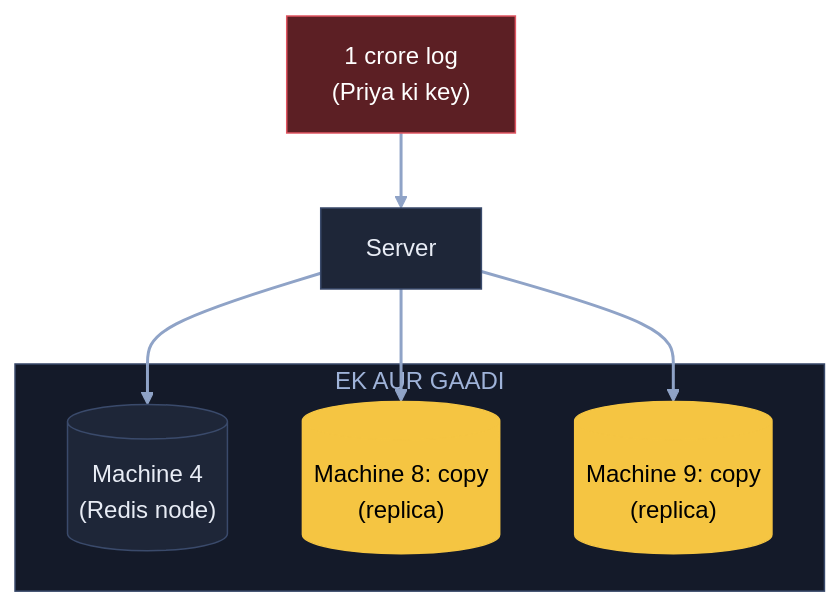
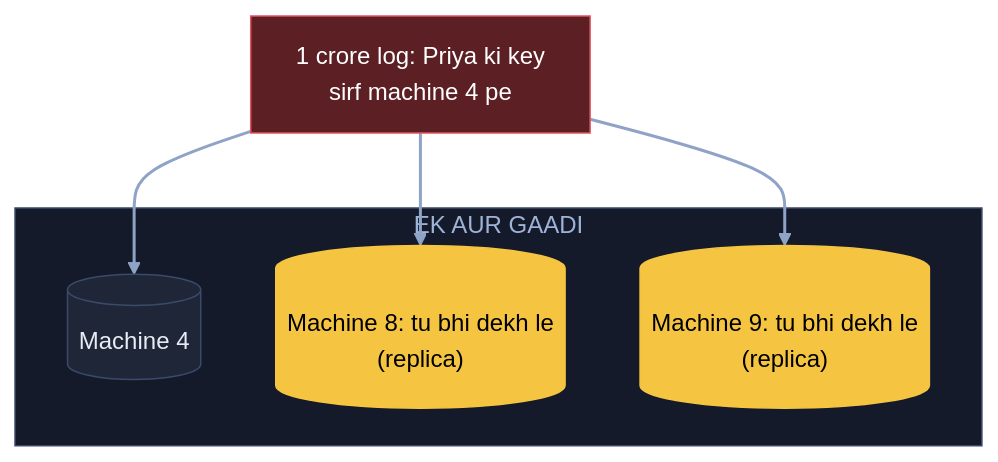
Before and after one commit to ArpanMaheshwari144/Prep: the sixth of 6 diagrams in 04_HLD/SYSTEM_DESIGNS/10_distributed_cache/10_distributed_cache.md, drawn with Mermaid. The commit also changed other lines of this file, not shown here.

Commit message:
Cache: 6 diagram hand notes ke shabdon se (K4 ring pehle se)

````diff
--- a/04_HLD/SYSTEM_DESIGNS/10_distributed_cache/10_distributed_cache.md
+++ b/04_HLD/SYSTEM_DESIGNS/10_distributed_cache/10_distributed_cache.md
@@ -254,20 +257,18 @@
 ```mermaid
 flowchart TB
-    U["1 crore log<br/>(Priya ki key)"]:::bad
-    S["Server"]:::card
+    U["1 crore log: Priya ki key<br/>sirf machine 4 pe"]:::bad
     subgraph GD["EK AUR GAADI"]
-        M4[("Machine 4<br/>(Redis node)")]:::card
-        M8[("Machine 8: copy<br/>(replica)")]:::pill
-        M9[("Machine 9: copy<br/>(replica)")]:::pill
+        M4[("Machine 4")]:::card
+        M8[("Machine 8: tu bhi dekh le<br/>(replica)")]:::pill
+        M9[("Machine 9: tu bhi dekh le<br/>(replica)")]:::pill
     end
-    U --> S
-    S --> M4
-    S --> M8
-    S --> M9
+    U --> M4
+    U --> M8
+    U --> M9
     linkStyle default stroke:#8fa3c7,stroke-width:2px
     classDef card fill:#1e2638,stroke:#3a4a6b,color:#e8ecf5
     classDef pill fill:#f5c542,stroke:#f5c542,color:#000
     classDef good fill:#2e7d4f,stroke:#3fbf6f,color:#fff
     classDef bad fill:#5c1f24,stroke:#e05561,color:#fff
     style GD fill:#141a29,stroke:#3a4a6b,color:#9fb3d9
 ```
````
